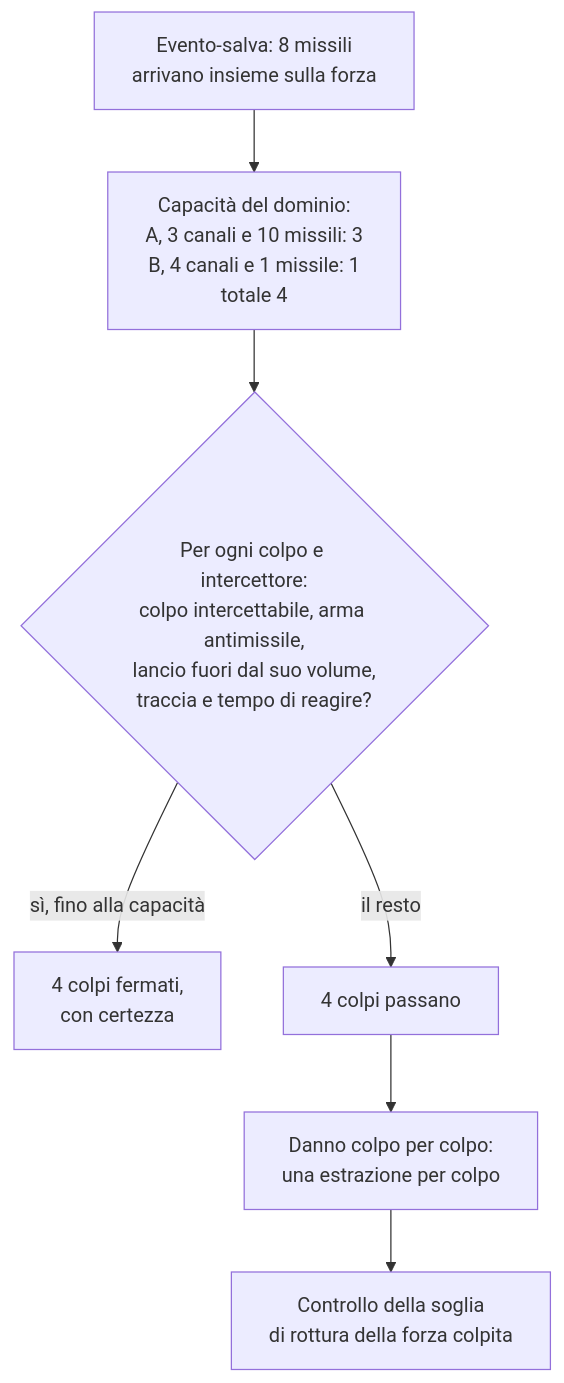
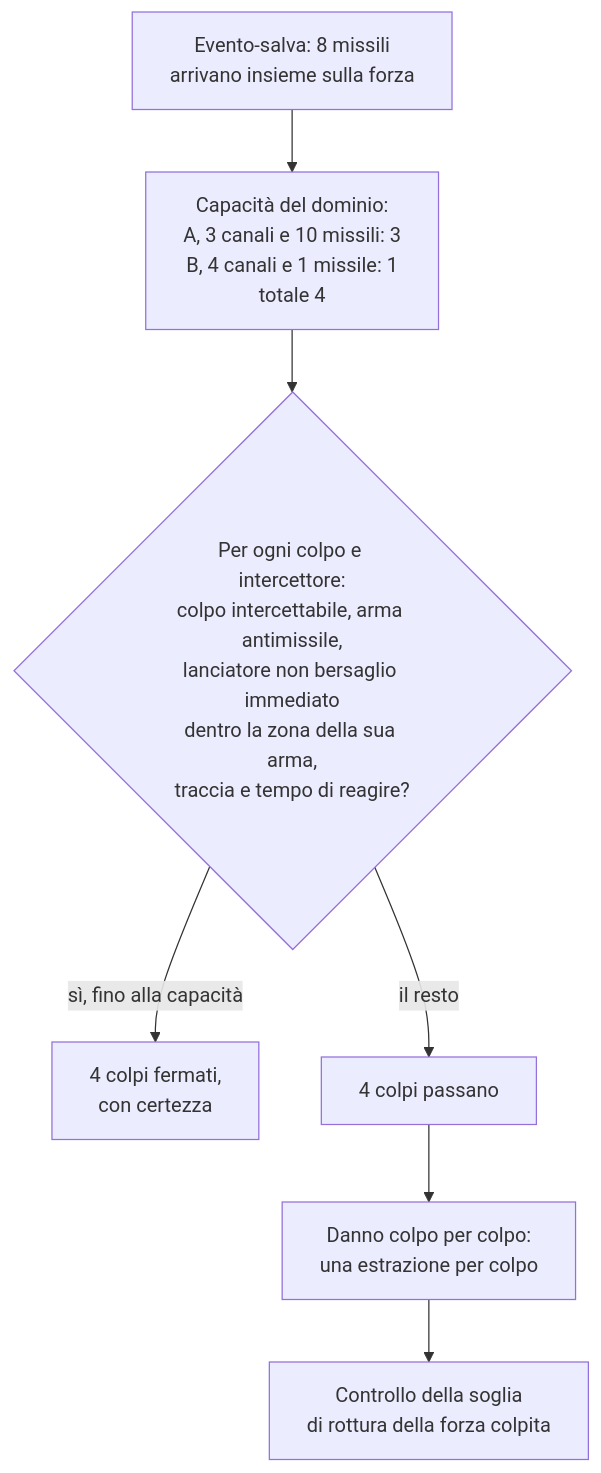
Diagram 14 of 32 in Analysis/Document/Manuale_Motore_DES/Guida_Concettuale_DES.md (MakusIV/Warfare-Model), drawn with Mermaid before and after one commit. The commit also changed other lines of this file and 11 other files, not shown here.

````diff
--- a/Analysis/Document/Manuale_Motore_DES/Guida_Concettuale_DES.md
+++ b/Analysis/Document/Manuale_Motore_DES/Guida_Concettuale_DES.md
@@ -1360,9 +1370,9 @@
 ```mermaid
 flowchart TD
     S["Evento-salva: 8 missili<br/>arrivano insieme sulla forza"] --> C["Capacità del dominio:<br/>A, 3 canali e 10 missili: 3<br/>B, 4 canali e 1 missile: 1<br/>totale 4"]
-    C --> V{"Per ogni colpo e intercettore:<br/>colpo intercettabile, arma antimissile,<br/>lancio fuori dal suo volume,<br/>traccia e tempo di reagire?"}
+    C --> V{"Per ogni colpo e intercettore:<br/>colpo intercettabile, arma antimissile,<br/>lanciatore non bersaglio immediato<br/>dentro la zona della sua arma,<br/>traccia e tempo di reagire?"}
     V -->|"sì, fino alla capacità"| I["4 colpi fermati,<br/>con certezza"]
     V -->|"il resto"| P["4 colpi passano"]
     P --> D["Danno colpo per colpo:<br/>una estrazione per colpo"]
     D --> R["Controllo della soglia<br/>di rottura della forza colpita"]
 ```
````
